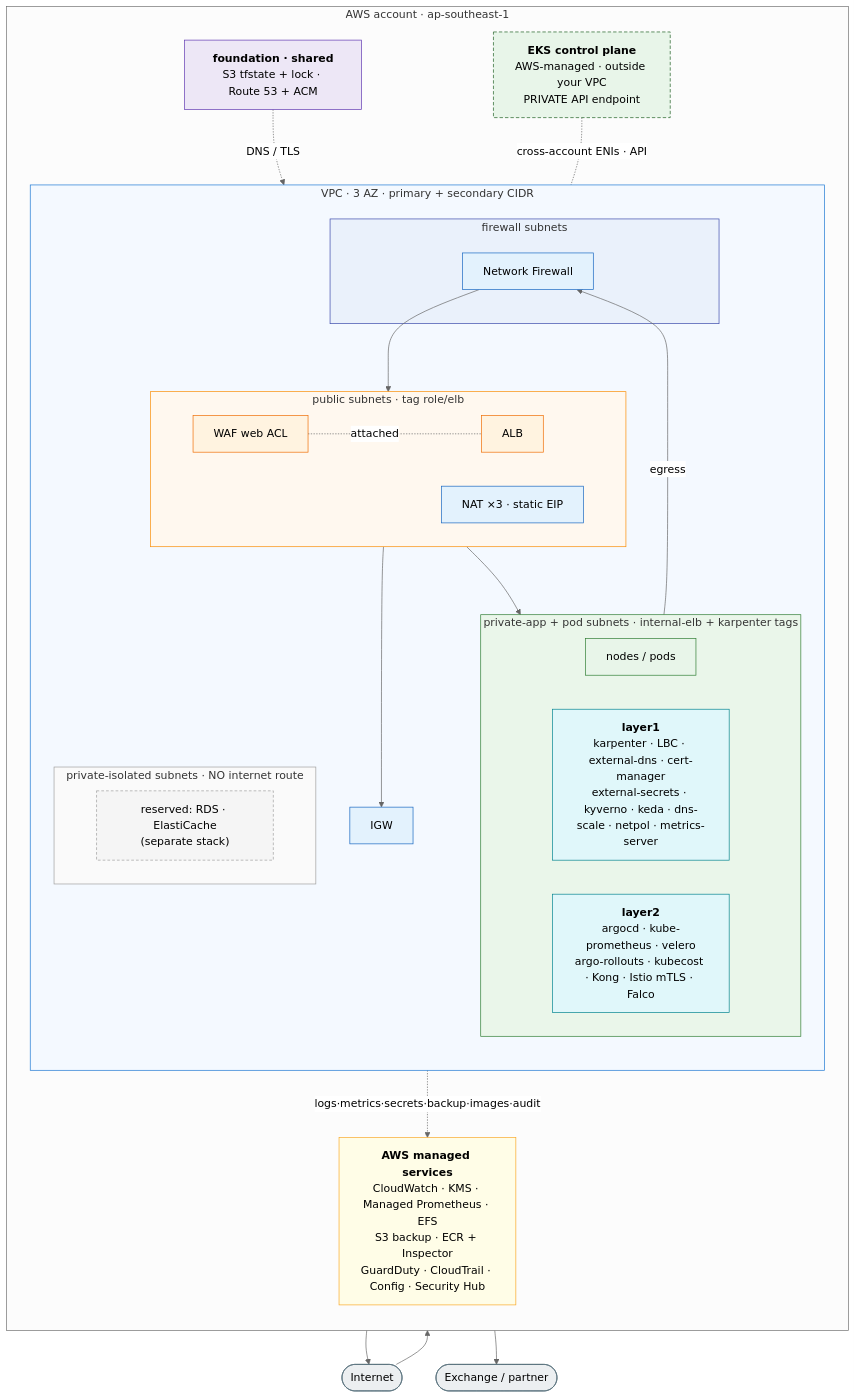
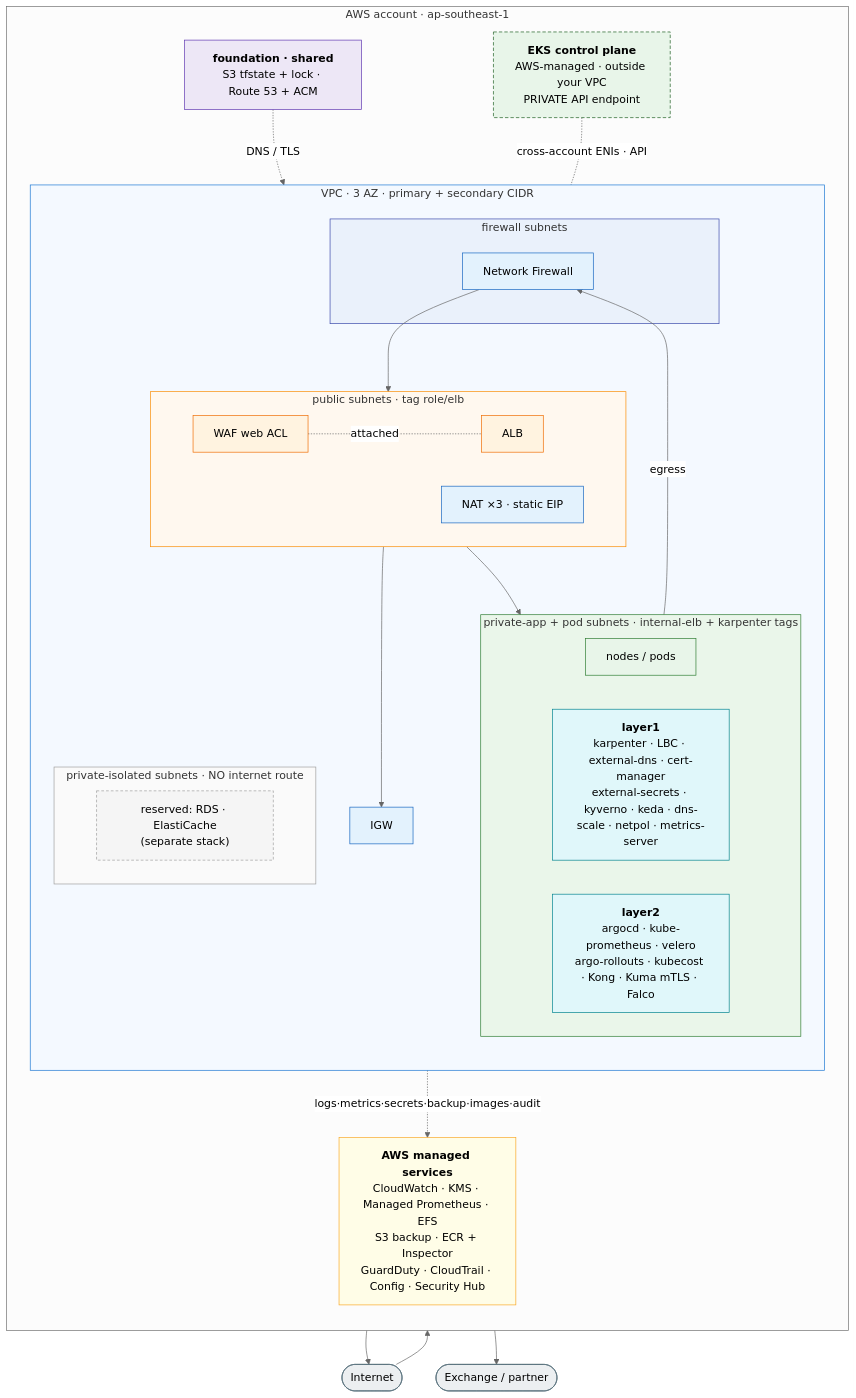
The third of 3 diagrams in eks/docs/ARCHITECTURE.md (trongnvv/aws-iac), drawn with Mermaid (neutral theme) before and after one commit. The commit also changed 26 other files, not shown here.

````diff
--- a/eks/docs/ARCHITECTURE.md
+++ b/eks/docs/ARCHITECTURE.md
@@ -142,55 +142,55 @@
 ```mermaid
 flowchart TB
   internet([Internet]):::ext
   partner([Exchange / partner]):::ext
   subgraph acct["AWS account · ap-southeast-1"]
     direction TB
     found["<b>foundation · shared</b><br/>S3 tfstate + lock · Route 53 + ACM"]:::fnd
     cpane["<b>EKS control plane</b><br/>AWS-managed · outside your VPC<br/>PRIVATE API endpoint"]:::mgmt
     subgraph vpc["VPC · 3 AZ · primary + secondary CIDR"]
       direction TB
       igw["IGW"]:::net
       subgraph pub["public subnets · tag role/elb"]
         direction LR
         alb["ALB"]:::edge
         waf["WAF web ACL"]:::edge
         nat["NAT ×3 · static EIP"]:::net
       end
       subgraph fw["firewall subnets"]
         nfw["Network Firewall"]:::net
       end
       subgraph app["private-app + pod subnets · internal-elb + karpenter tags"]
         direction LR
         nodes["nodes / pods"]:::eks
         l1["<b>layer1</b><br/>karpenter · LBC · external-dns · cert-manager<br/>external-secrets · kyverno · keda · dns-scale · netpol · metrics-server"]:::add
-        l2["<b>layer2</b><br/>argocd · kube-prometheus · velero<br/>argo-rollouts · kubecost · Kong · Istio mTLS · Falco"]:::add
+        l2["<b>layer2</b><br/>argocd · kube-prometheus · velero<br/>argo-rollouts · kubecost · Kong · Kuma mTLS · Falco"]:::add
       end
       subgraph iso["private-isolated subnets · NO internet route"]
         isod["reserved: RDS · ElastiCache<br/>(separate stack)"]:::iso
       end
     end
     svc["<b>AWS managed services</b><br/>CloudWatch · KMS · Managed Prometheus · EFS<br/>S3 backup · ECR + Inspector<br/>GuardDuty · CloudTrail · Config · Security Hub"]:::svc
   end
   internet --> alb --> nodes
   waf -. attached .- alb
   found -. DNS / TLS .-> alb
   cpane -. cross-account ENIs · API .- nodes
   nodes -->|egress| nfw --> nat --> igw --> internet
   nat --> partner
   nodes -. logs·metrics·secrets·backup·images·audit .-> svc
 
   classDef ext fill:#eceff1,stroke:#546e7a,color:#000
   classDef fnd fill:#ede7f6,stroke:#5e35b1,color:#000
   classDef mgmt fill:#e8f5e9,stroke:#1b5e20,stroke-dasharray:5 3,color:#000
   classDef net fill:#e3f2fd,stroke:#1565c0,color:#000
   classDef edge fill:#fff3e0,stroke:#ef6c00,color:#000
   classDef eks fill:#e8f5e9,stroke:#2e7d32,color:#000
   classDef add fill:#e0f7fa,stroke:#00838f,color:#000
   classDef svc fill:#fffde7,stroke:#f9a825,color:#000
   classDef iso fill:#f5f5f5,stroke:#9e9e9e,stroke-dasharray:4 3,color:#000
   style vpc fill:#f4f9ff,stroke:#1976d2
   style pub fill:#fff8ef,stroke:#fb8c00
   style fw fill:#eaf1fb,stroke:#3949ab
   style app fill:#eaf6ea,stroke:#2e7d32
   style iso fill:#fafafa,stroke:#9e9e9e
 ```
````
